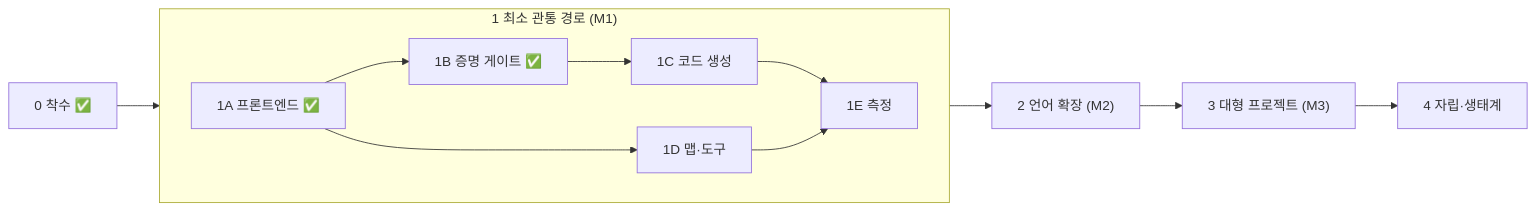
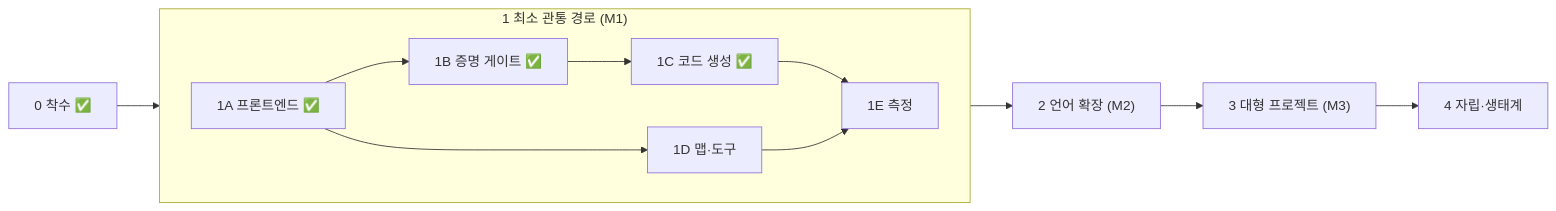
The diagram in docs/ROADMAP.md (lang-bmb/lang-bmb), drawn with Mermaid before and after one commit. The commit also changed other lines of this file and 10 other files, not shown here.

````diff
--- a/docs/ROADMAP.md
+++ b/docs/ROADMAP.md
@@ -15,12 +15,12 @@
 ```mermaid
 flowchart LR
     P0["0 착수 ✅"] --> P1
     subgraph P1["1 최소 관통 경로 (M1)"]
         direction LR
-        A["1A 프론트엔드 ✅"] --> B["1B 증명 게이트 ✅"] --> C["1C 코드 생성"]
+        A["1A 프론트엔드 ✅"] --> B["1B 증명 게이트 ✅"] --> C["1C 코드 생성 ✅"]
         A --> D["1D 맵·도구"]
         C --> E["1E 측정"]
         D --> E
     end
     P1 --> P2["2 언어 확장 (M2)"] --> P3["3 대형 프로젝트 (M3)"] --> P4["4 자립·생태계"]
 ```
````
